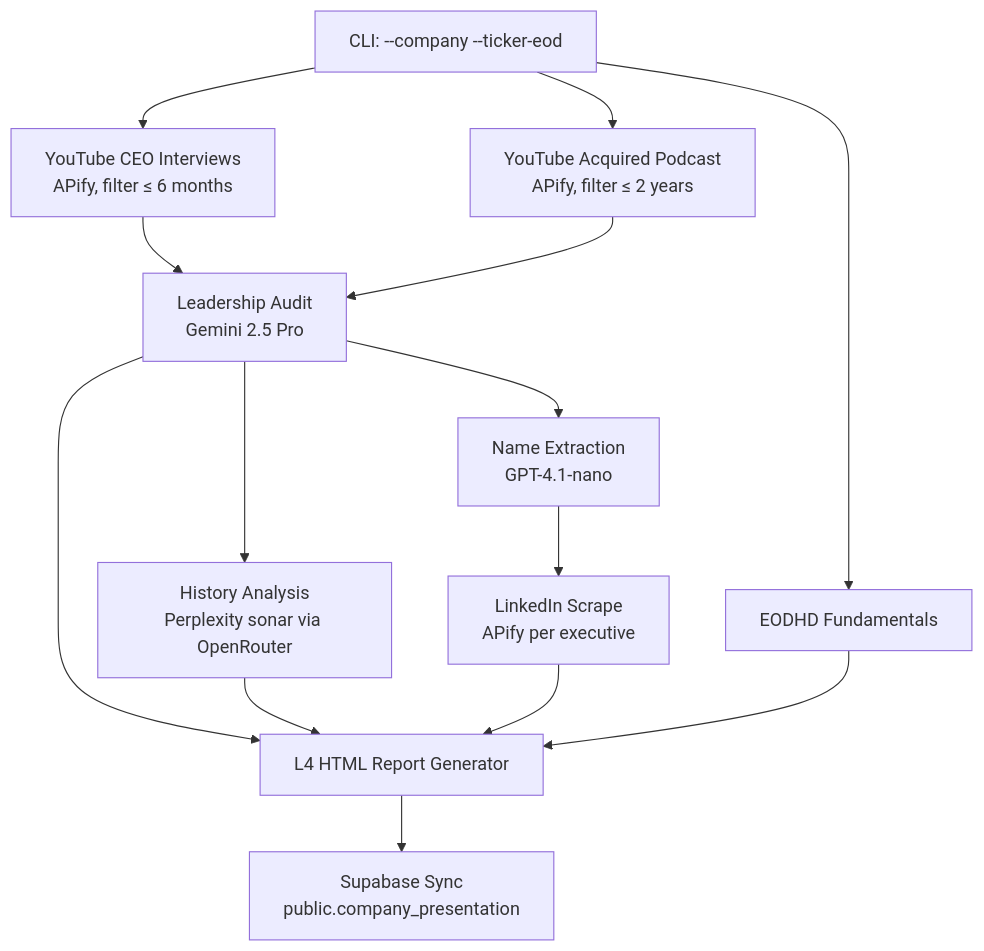
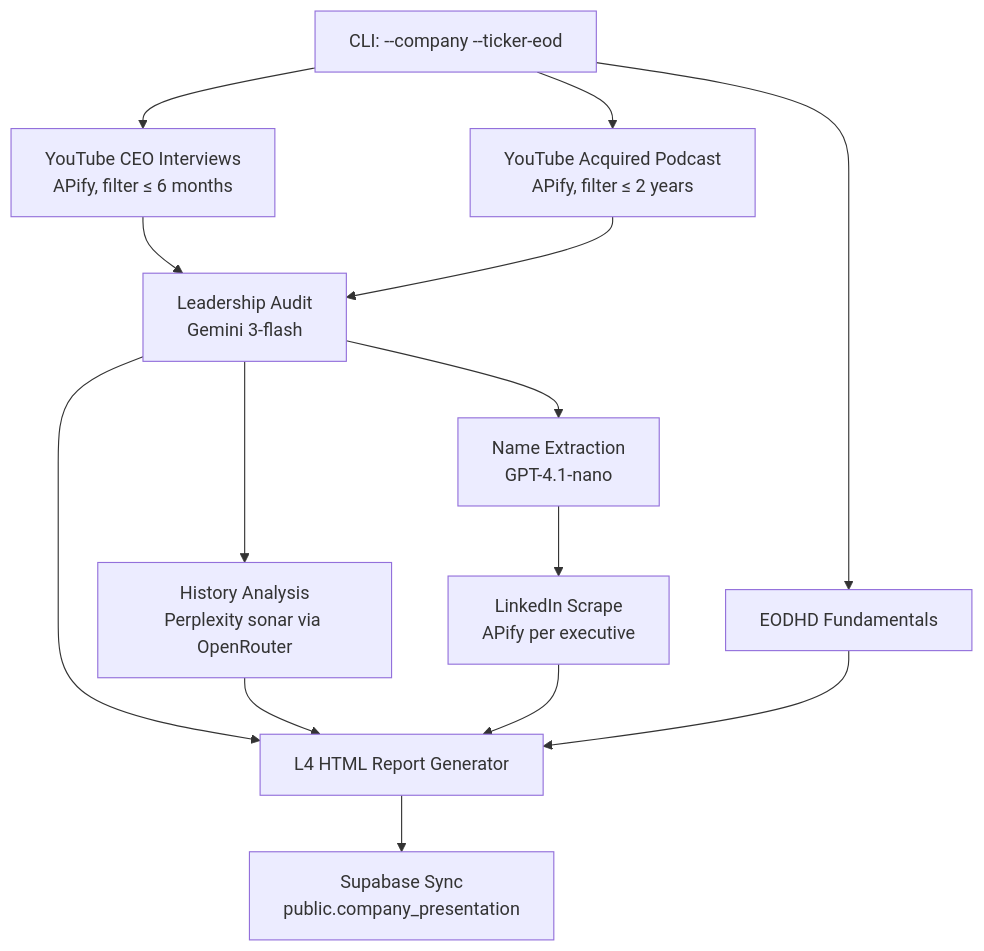
The diagram in skills/new-company-presentation/SKILL.md (ressasle/kasona-presentation), drawn with Mermaid before and after one commit. The commit also changed other lines of this file and 149 other files, not shown here.

````diff
--- a/skills/new-company-presentation/SKILL.md
+++ b/skills/new-company-presentation/SKILL.md
@@ -75,13 +75,13 @@
 ```mermaid
 graph TD
     A[CLI: --company --ticker-eod] --> B[YouTube CEO Interviews\nAPify, filter ≤ 6 months]
     A --> C[YouTube Acquired Podcast\nAPify, filter ≤ 2 years]
-    B --> D[Leadership Audit\nGemini 2.5 Pro]
+    B --> D[Leadership Audit\nGemini 3-flash]
     C --> D
     D --> E[History Analysis\nPerplexity sonar via OpenRouter]
     D --> F[Name Extraction\nGPT-4.1-nano]
     F --> G[LinkedIn Scrape\nAPify per executive]
     A --> H[EODHD Fundamentals]
     D & E & G & H --> I[L4 HTML Report Generator]
     I --> J[Supabase Sync\npublic.company_presentation]
 ```
````
